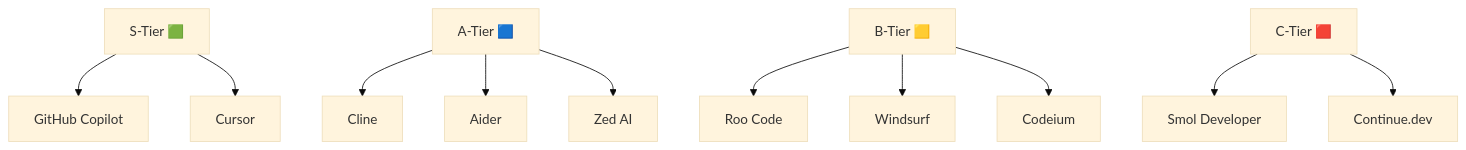
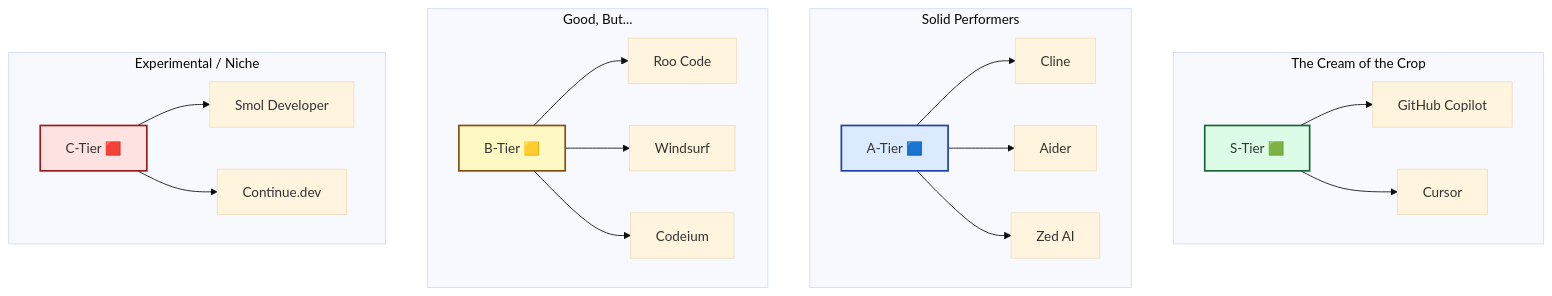
One commit to ianlintner/portfolio changed the diagram in src/app/blog/ai-coding-agent-tier-list-2025.mdx. Above: the diagram before and after it, drawn with Mermaid (base theme). The commit also changed other lines of this file and 8 other files, not shown here.

````diff
--- a/src/app/blog/ai-coding-agent-tier-list-2025.mdx
+++ b/src/app/blog/ai-coding-agent-tier-list-2025.mdx
@@ -42,13 +42,26 @@
 ```mermaid
 graph TD
-  S["S-Tier 🟩"] --> Copilot["GitHub Copilot"]
-  S --> Cursor["Cursor"]
-  A["A-Tier 🟦"] --> Cline["Cline"]
-  A --> Aider["Aider"]
-  A --> Zed["Zed AI"]
-  B["B-Tier 🟨"] --> Roo["Roo Code"]
-  B --> Windsurf["Windsurf"]
-  B --> Codeium["Codeium"]
-  C["C-Tier 🟥"] --> Smol["Smol Developer"]
-  C --> Continue["Continue.dev"]
+  subgraph "The Cream of the Crop"
+    S["S-Tier 🟩"] --> Copilot["GitHub Copilot"]
+    S --> Cursor["Cursor"]
+  end
+  subgraph "Solid Performers"
+    A["A-Tier 🟦"] --> Cline["Cline"]
+    A --> Aider["Aider"]
+    A --> Zed["Zed AI"]
+  end
+  subgraph "Good, But..."
+    B["B-Tier 🟨"] --> Roo["Roo Code"]
+    B --> Windsurf["Windsurf"]
+    B --> Codeium["Codeium"]
+  end
+  subgraph "Experimental / Niche"
+    C["C-Tier 🟥"] --> Smol["Smol Developer"]
+    C --> Continue["Continue.dev"]
+  end
+  
+  style S fill:#dcfce7,stroke:#166534,stroke-width:2px
+  style A fill:#dbeafe,stroke:#1e40af,stroke-width:2px
+  style B fill:#fef9c3,stroke:#854d0e,stroke-width:2px
+  style C fill:#fee2e2,stroke:#991b1b,stroke-width:2px
 ```
````
